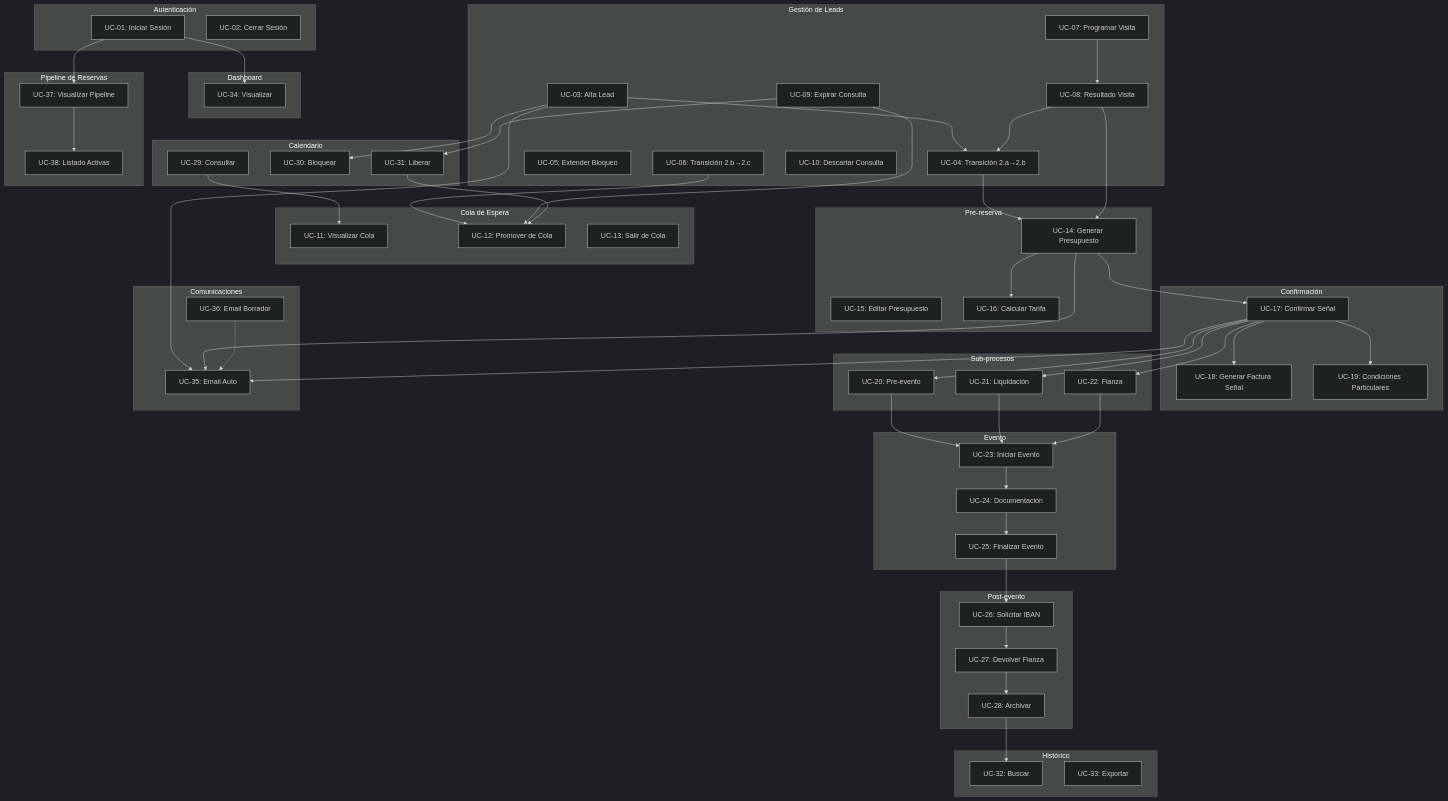
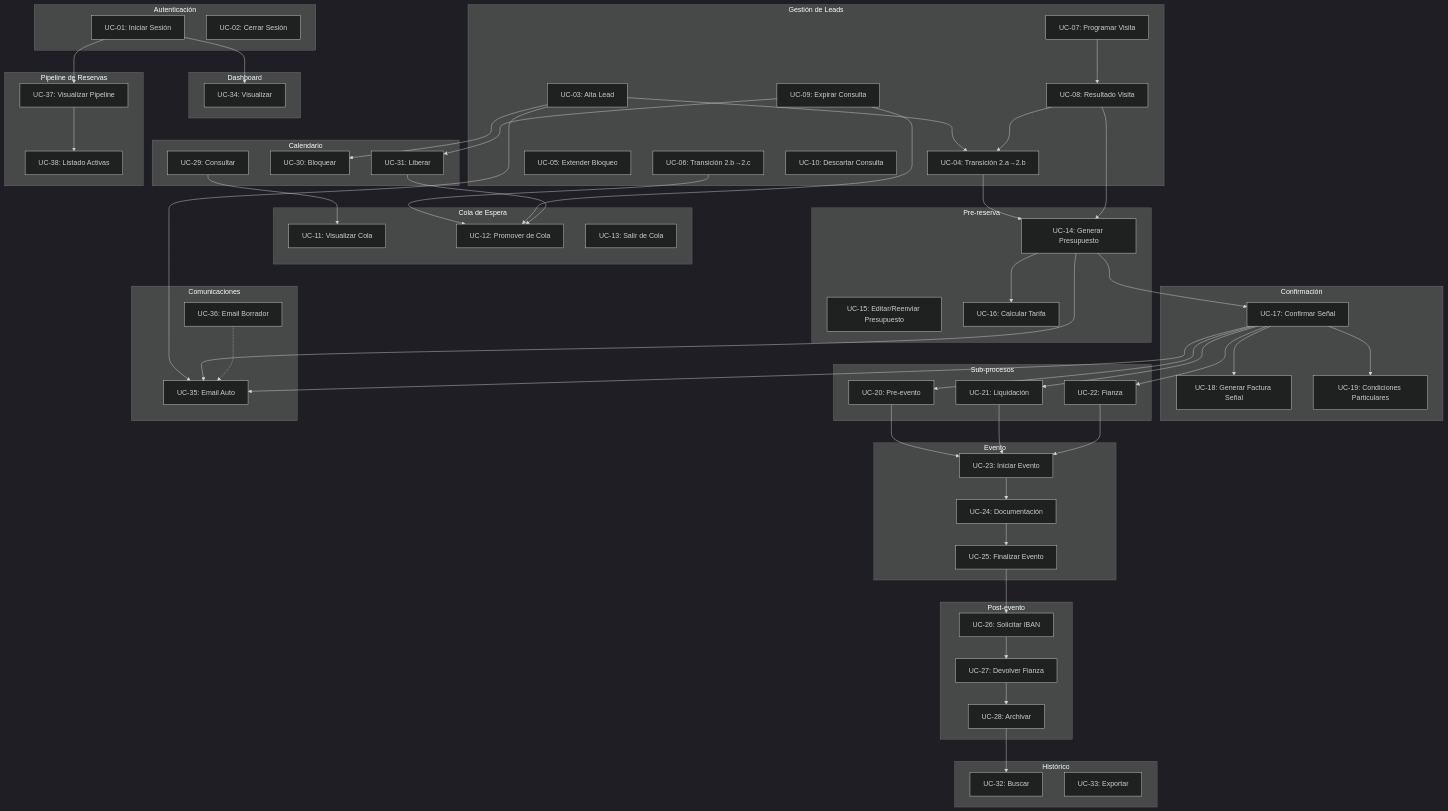
One commit to rvila89/slotify changed diagram 20 of 21 in docs/use-cases.md. Above: the diagram before and after it, drawn with Mermaid (dark theme). The commit also changed other lines of this file and 58 other files, not shown here.

First line of the commit message:
feat(presupuestos): US-015 editar y reenviar presupuesto en pre-reserva

```diff
--- a/docs/use-cases.md
+++ b/docs/use-cases.md
@@ -2037,7 +2079,7 @@
     
     subgraph PreRes[Pre-reserva]
         UC14[UC-14: Generar Presupuesto]
-        UC15[UC-15: Editar Presupuesto]
+        UC15[UC-15: Editar/Reenviar Presupuesto]
         UC16[UC-16: Calcular Tarifa]
     end
     
```
